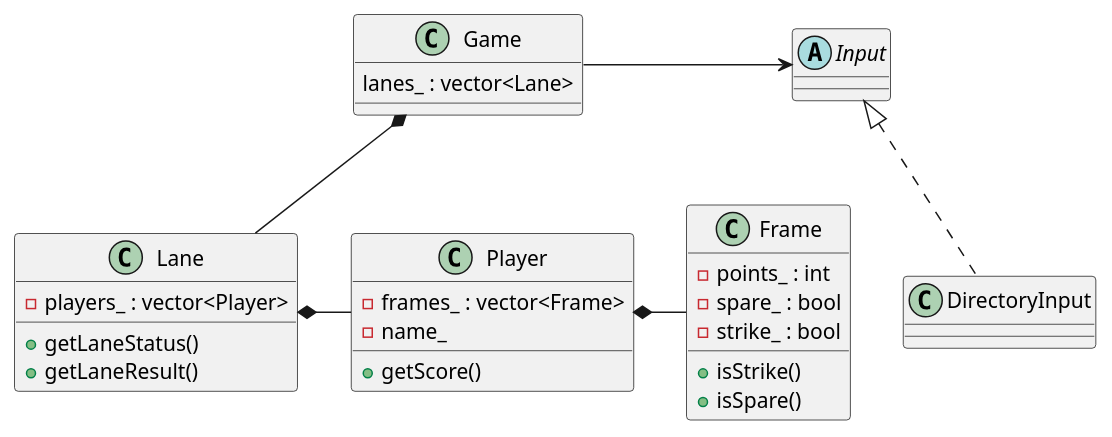
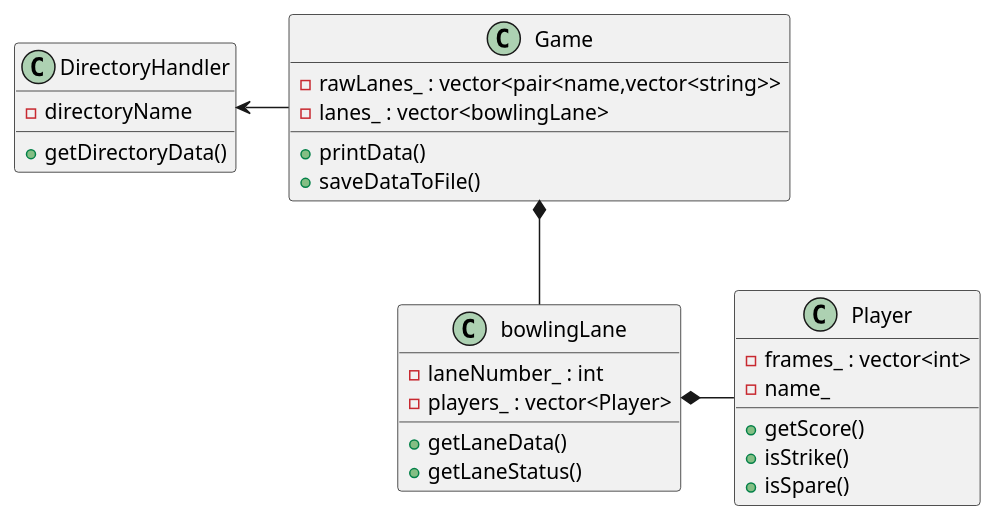
Before and after one commit to coders-school/testing: the diagram in bowling/project.puml, drawn with PlantUML. The commit also changed 2 other files, not shown here.

Commit message:
Design schema for project added

```diff
--- a/bowling/project.puml
+++ b/bowling/project.puml
@@ -1,42 +1,37 @@
 @startuml bowling-project
 
-class Frame{
-    -points_ : int
-    -spare_ : bool
-    -strike_ : bool
+class Player{
+    -frames_ : vector<int>
+    -name_
+    +getScore()
     +isStrike()
     +isSpare()
 }
 
-class Player{
-    -frames_ : vector<Frame>
-    -name_
-    +getScore()
-}
-
-class Lane{
+class bowlingLane{
+    -laneNumber_ : int
     -players_ : vector<Player>
+    +getLaneData()
     +getLaneStatus()
-    +getLaneResult()
 }
 
 class Game{
-    lanes_ : vector<Lane>
+    -rawLanes_ : vector<pair<name,vector<string>>
+    -lanes_ : vector<bowlingLane>
+    +printData()
+    +saveDataToFile()
 }
 
-abstract class Input{
 
+class DirectoryHandler{
+    -directoryName
+    +getDirectoryData()
 }
 
-class DirectoryInput{
+Game *-down- bowlingLane
+bowlingLane *- Player
 
-}
 
-Game *-down- Lane
-Lane *- Player
-Player *- Frame
-
-Input <|.. DirectoryInput
-Game -> Input
+Game -left-> DirectoryHandler
 
 @enduml
```
